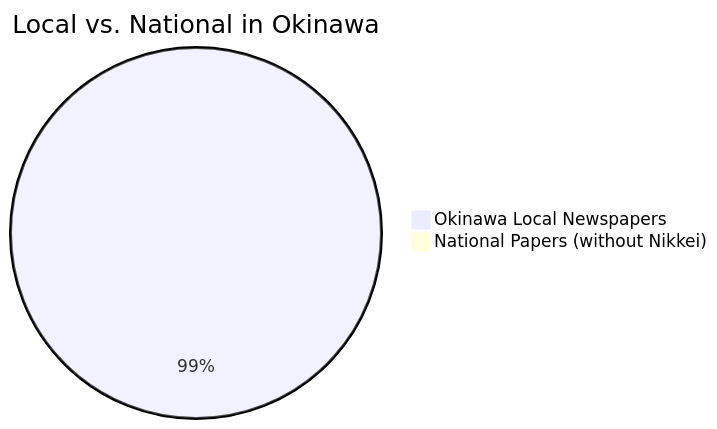
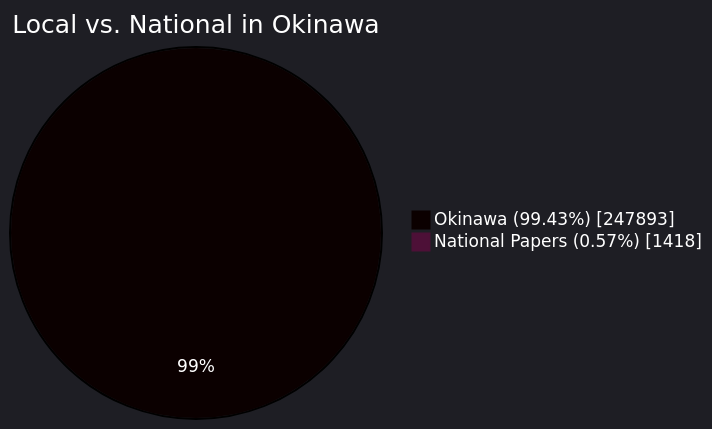
The second of 2 diagrams in README.md (lisiki-jp/okinawa_gametheory), drawn with Mermaid before and after one commit. The commit also changed other lines of this file, not shown here.

````diff
--- a/README.md
+++ b/README.md
@@ -27,5 +27,16 @@
 ```mermaid
-pie title Local vs. National in Okinawa
-    "Okinawa Local Newspapers" : 247893
-    "National Papers (without Nikkei)" : 1418
+%%{init: {
+  "theme": "dark",
+  "themeVariables": {
+    "pieTitleTextColor": "#ffffff",
+    "pieLegendTextColor": "#ffffff",
+    "pieSectionTextColor": "#ffffff",
+    "pieStrokeWidth": "0px",
+    "pieOpacity": "1"
+  }
+}}%%
+pie showData
+    title Local vs. National in Okinawa
+    "Okinawa (99.43%)" : 247893
+    "National Papers (0.57%)" : 1418
 ```
````
